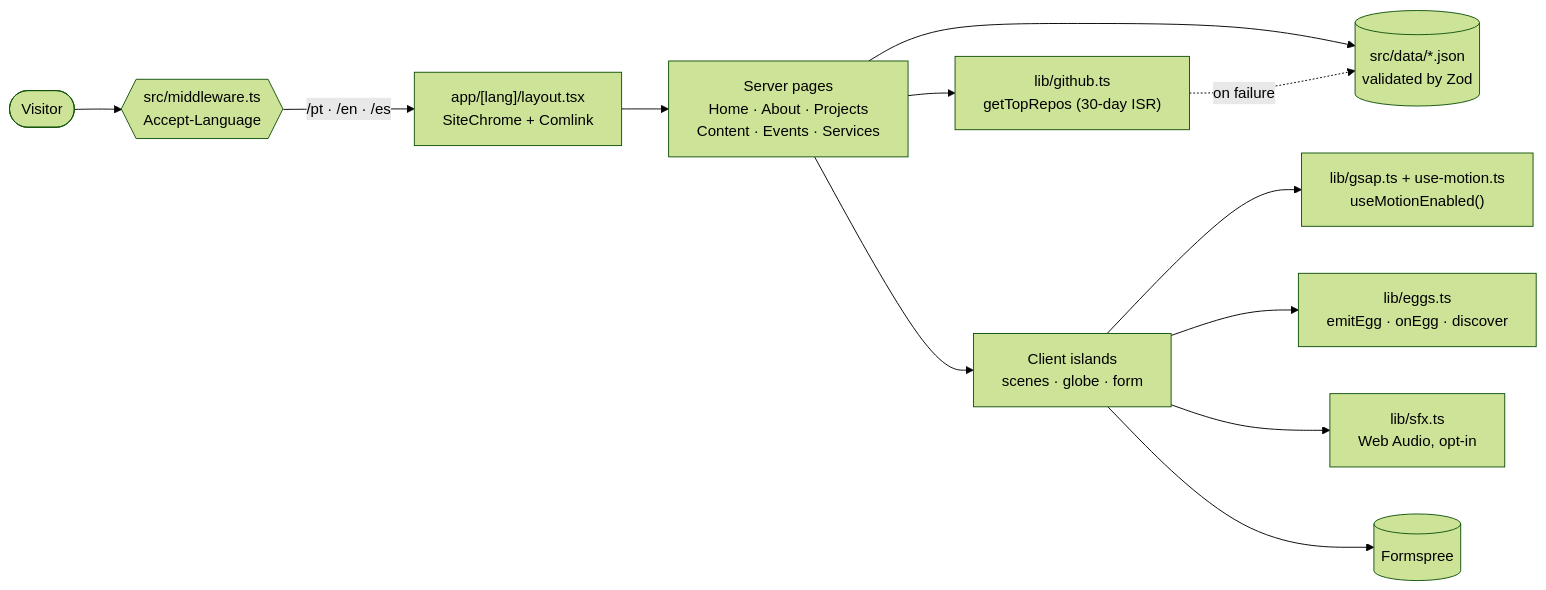
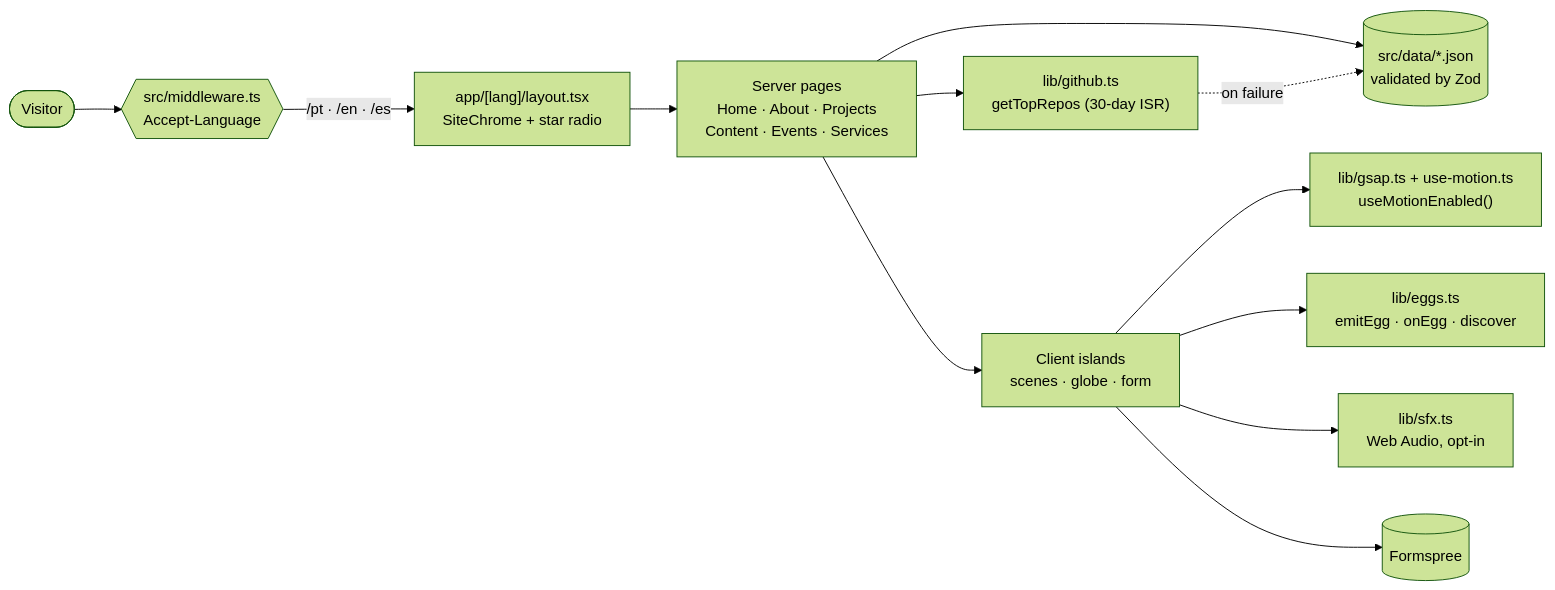
Before and after one commit to glaucia86/glaucialemos.dev: the diagram in README.md, drawn with Mermaid (forest theme). The commit also changed other lines of this file and 2 other files, not shown here.

````diff
--- a/README.md
+++ b/README.md
@@ -159,14 +158,14 @@
 ```mermaid
 flowchart LR
     V([Visitor]) --> M{{src/middleware.ts<br/>Accept-Language}}
-    M -->|/pt · /en · /es| L["app/[lang]/layout.tsx<br/>SiteChrome + Comlink"]
+    M -->|/pt · /en · /es| L["app/[lang]/layout.tsx<br/>SiteChrome + star radio"]
     L --> P["Server pages<br/>Home · About · Projects<br/>Content · Events · Services"]
     P --> D[("src/data/*.json<br/>validated by Zod")]
     P --> G["lib/github.ts<br/>getTopRepos (30-day ISR)"]
     G -.on failure.-> D
     P --> C["Client islands<br/>scenes · globe · form"]
     C --> MO["lib/gsap.ts + use-motion.ts<br/>useMotionEnabled()"]
     C --> E["lib/eggs.ts<br/>emitEgg · onEgg · discover"]
     C --> S["lib/sfx.ts<br/>Web Audio, opt-in"]
     C --> F[(Formspree)]
 ```
````
